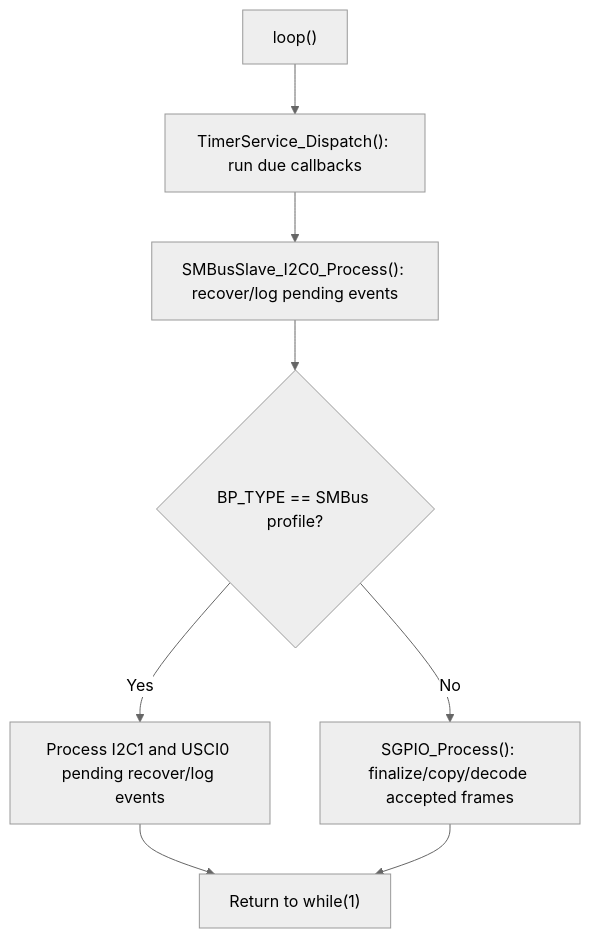
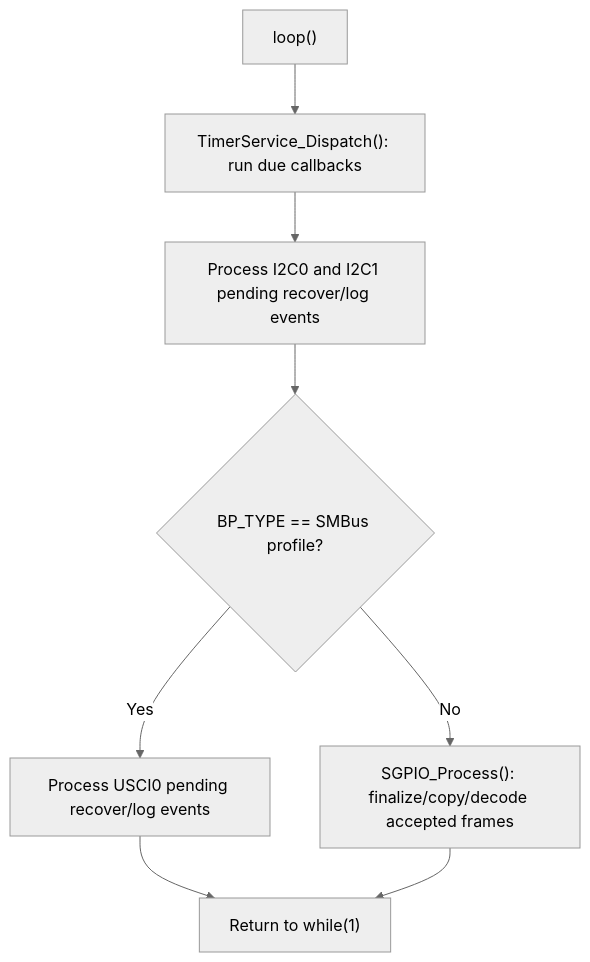
The third of 4 diagrams in README.md (released/M031BSP_Software_SGPIO_I2C_Slave), drawn with Mermaid (neutral theme) before and after one commit. The commit also changed other lines of this file and 5 other files, not shown here.

````diff
--- a/README.md
+++ b/README.md
@@ -208,10 +213,10 @@
 ```mermaid
 flowchart TD
     A["loop()"] --> B["TimerService_Dispatch(): run due callbacks"]
-    B --> C["SMBusSlave_I2C0_Process(): recover/log pending events"]
+    B --> C["Process I2C0 and I2C1 pending recover/log events"]
     C --> D{"BP_TYPE == SMBus profile?"}
-    D -->|Yes| E["Process I2C1 and USCI0 pending recover/log events"]
+    D -->|Yes| E["Process USCI0 pending recover/log events"]
     D -->|No| F["SGPIO_Process(): finalize/copy/decode accepted frames"]
     E --> G["Return to while(1)"]
     F --> G
 ```
````
